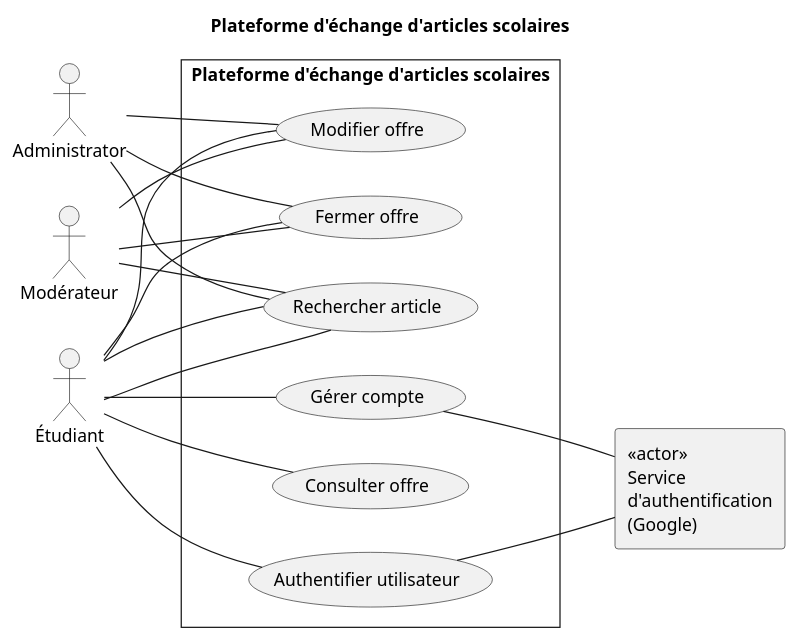
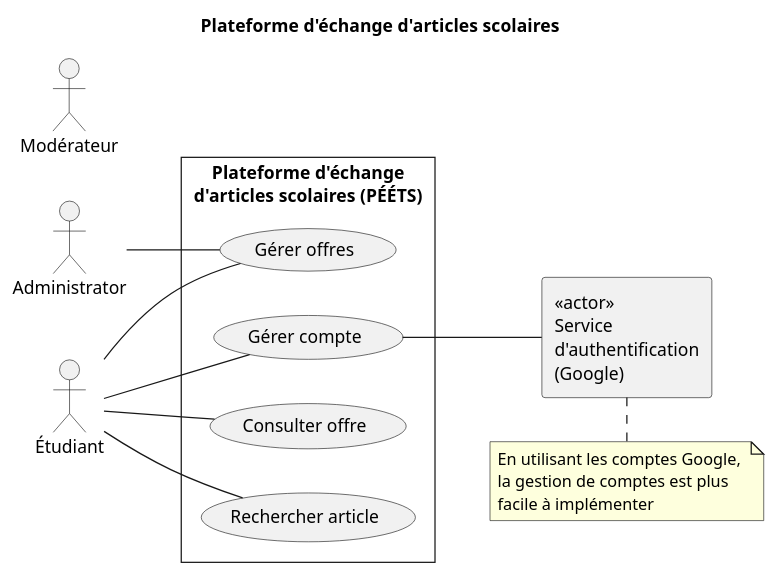
One commit to fuhrmanator/gti792-peets changed the diagram in OOAD/usecase.puml. Above: the diagram before and after it, drawn with PlantUML.

Commit message:
Simplification des Cas d'utilisation
Utilisation de "gérer" pour simplifier

```diff
--- a/OOAD/usecase.puml
+++ b/OOAD/usecase.puml
@@ -1,25 +1,22 @@
 title Plateforme d'échange d'articles scolaires
 left to right direction
 skinparam style strictuml
 skinparam packageStyle rect
 actor Administrator
 actor Étudiant
 actor Modérateur
 rectangle "<<actor>>\nService\nd'authentification\n(Google)" as SA
-rectangle "Plateforme d'échange d'articles scolaires" {
+rectangle "Plateforme d'échange\nd'articles scolaires (PÉÉTS)" {
   Étudiant -- (Gérer compte)
   (Gérer compte) -- SA
+  Étudiant -- (Gérer offres)
   Étudiant -- (Rechercher article)
   Étudiant -- (Consulter offre)
-  Étudiant -- (Modifier offre)
-  Étudiant -- (Fermer offre)
-  Modérateur -- (Fermer offre)
-  Modérateur -- (Modifier offre)
-  Étudiant -- (Authentifier utilisateur)
-(Authentifier utilisateur) -- SA
-  Administrator -- (Fermer offre)
-  Administrator -- (Modifier offre)
-Étudiant -- (Rechercher article)
-Modérateur -- (Rechercher article)
-Administrator -- (Rechercher article)
+  Administrator -- (Gérer offres)
 }
+note as N1
+ En utilisant les comptes Google, 
+ la gestion de comptes est plus
+ facile à implémenter
+end note
+SA . N1
```
